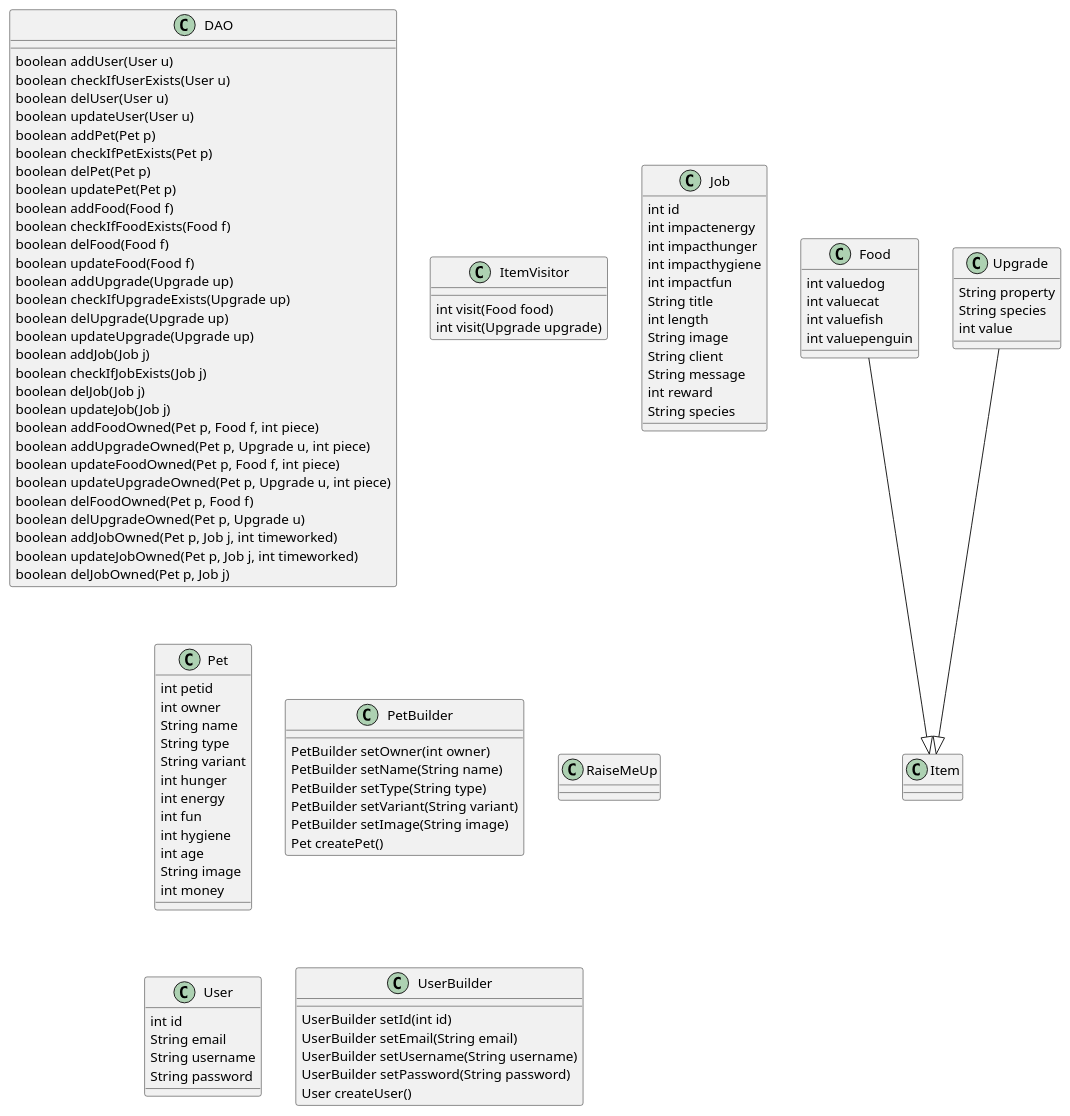
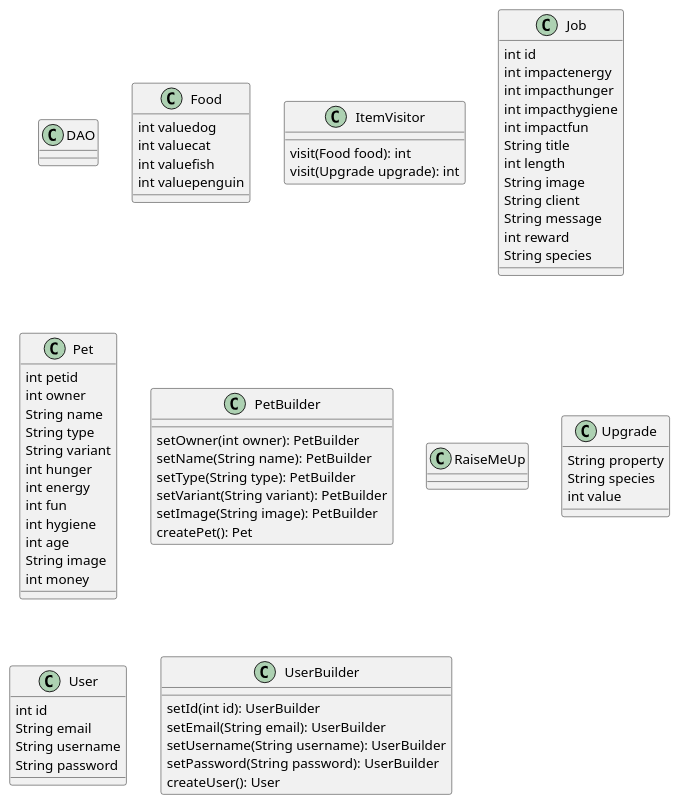
One commit to sh4r10/thesis-autogen-classdiagrams changed the diagram in artefacts/controlled-experiment/project-2/t1-haf.puml. Above: the diagram before and after it, drawn with PlantUML. The commit also changed 15 other files, not shown here.

```diff
--- a/artefacts/controlled-experiment/project-2/t1-haf.puml
+++ b/artefacts/controlled-experiment/project-2/t1-haf.puml
@@ -1,113 +1,79 @@
 @startuml
-
 class DAO {
-    boolean addUser(User u)
-    boolean checkIfUserExists(User u)
-    boolean delUser(User u)
-    boolean updateUser(User u)
-    boolean addPet(Pet p)
-    boolean checkIfPetExists(Pet p)
-    boolean delPet(Pet p)
-    boolean updatePet(Pet p)
-    boolean addFood(Food f)
-    boolean checkIfFoodExists(Food f)
-    boolean delFood(Food f)
-    boolean updateFood(Food f)
-    boolean addUpgrade(Upgrade up)
-    boolean checkIfUpgradeExists(Upgrade up)
-    boolean delUpgrade(Upgrade up)
-    boolean updateUpgrade(Upgrade up)
-    boolean addJob(Job j)
-    boolean checkIfJobExists(Job j)
-    boolean delJob(Job j)
-    boolean updateJob(Job j)
-    boolean addFoodOwned(Pet p, Food f, int piece)
-    boolean addUpgradeOwned(Pet p, Upgrade u, int piece)
-    boolean updateFoodOwned(Pet p, Food f, int piece)
-    boolean updateUpgradeOwned(Pet p, Upgrade u, int piece)
-    boolean delFoodOwned(Pet p, Food f)
-    boolean delUpgradeOwned(Pet p, Upgrade u)
-    boolean addJobOwned(Pet p, Job j, int timeworked)
-    boolean updateJobOwned(Pet p, Job j, int timeworked)
-    boolean delJobOwned(Pet p, Job j)
 }
 
 class Food {
-    int valuedog
-    int valuecat
-    int valuefish
-    int valuepenguin
+  int valuedog
+  int valuecat
+  int valuefish
+  int valuepenguin
 }
 
 class ItemVisitor {
-    int visit(Food food)
-    int visit(Upgrade upgrade)
+  visit(Food food): int
+  visit(Upgrade upgrade): int
 }
 
 class Job {
-    int id
-    int impactenergy
-    int impacthunger
-    int impacthygiene
-    int impactfun
-    String title
-    int length
-    String image
-    String client
-    String message
-    int reward
-    String species
+  int id
+  int impactenergy
+  int impacthunger
+  int impacthygiene
+  int impactfun
+  String title
+  int length
+  String image
+  String client
+  String message
+  int reward
+  String species
 }
 
 class Pet {
-    int petid
-    int owner
-    String name
-    String type
-    String variant
-    int hunger
-    int energy
-    int fun
-    int hygiene
-    int age
-    String image
-    int money
+  int petid
+  int owner
+  String name
+  String type
+  String variant
+  int hunger
+  int energy
+  int fun
+  int hygiene
+  int age
+  String image
+  int money
 }
 
 class PetBuilder {
-    PetBuilder setOwner(int owner)
-    PetBuilder setName(String name)
-    PetBuilder setType(String type)
-    PetBuilder setVariant(String variant)
-    PetBuilder setImage(String image)
-    Pet createPet()
+  setOwner(int owner): PetBuilder
+  setName(String name): PetBuilder
+  setType(String type): PetBuilder
+  setVariant(String variant): PetBuilder
+  setImage(String image): PetBuilder
+  createPet(): Pet
 }
 
 class RaiseMeUp {
 }
 
 class Upgrade {
-    String property
-    String species
-    int value
+  String property
+  String species
+  int value
 }
 
 class User {
-    int id
-    String email
-    String username
-    String password
+  int id
+  String email
+  String username
+  String password
 }
 
 class UserBuilder {
-    UserBuilder setId(int id)
-    UserBuilder setEmail(String email)
-    UserBuilder setUsername(String username)
-    UserBuilder setPassword(String password)
-    User createUser()
+  setId(int id): UserBuilder
+  setEmail(String email): UserBuilder
+  setUsername(String username): UserBuilder
+  setPassword(String password): UserBuilder
+  createUser(): User
 }
-
-Food --|> Item
-Upgrade --|> Item
-
 @enduml
```
